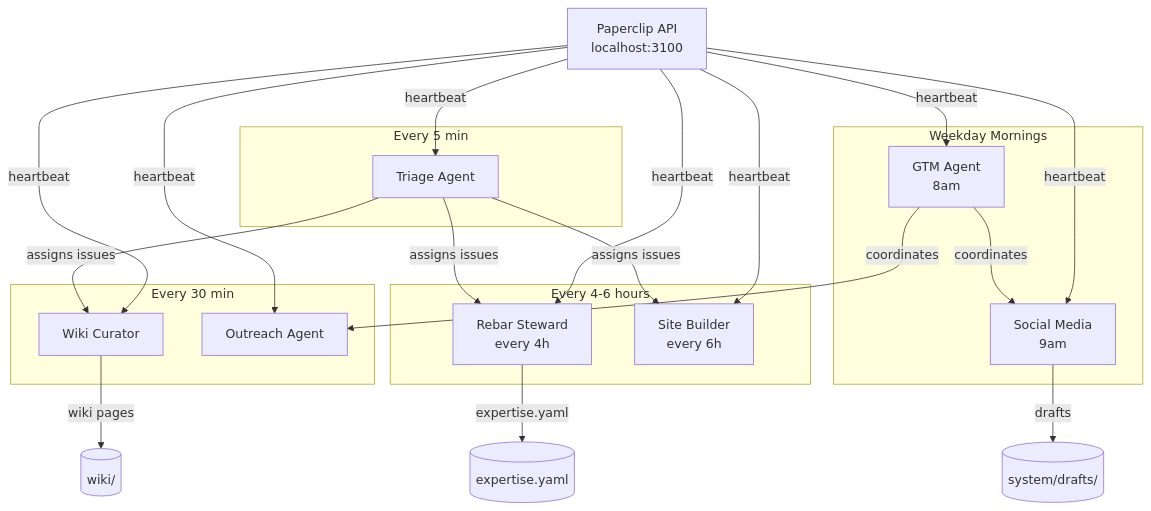
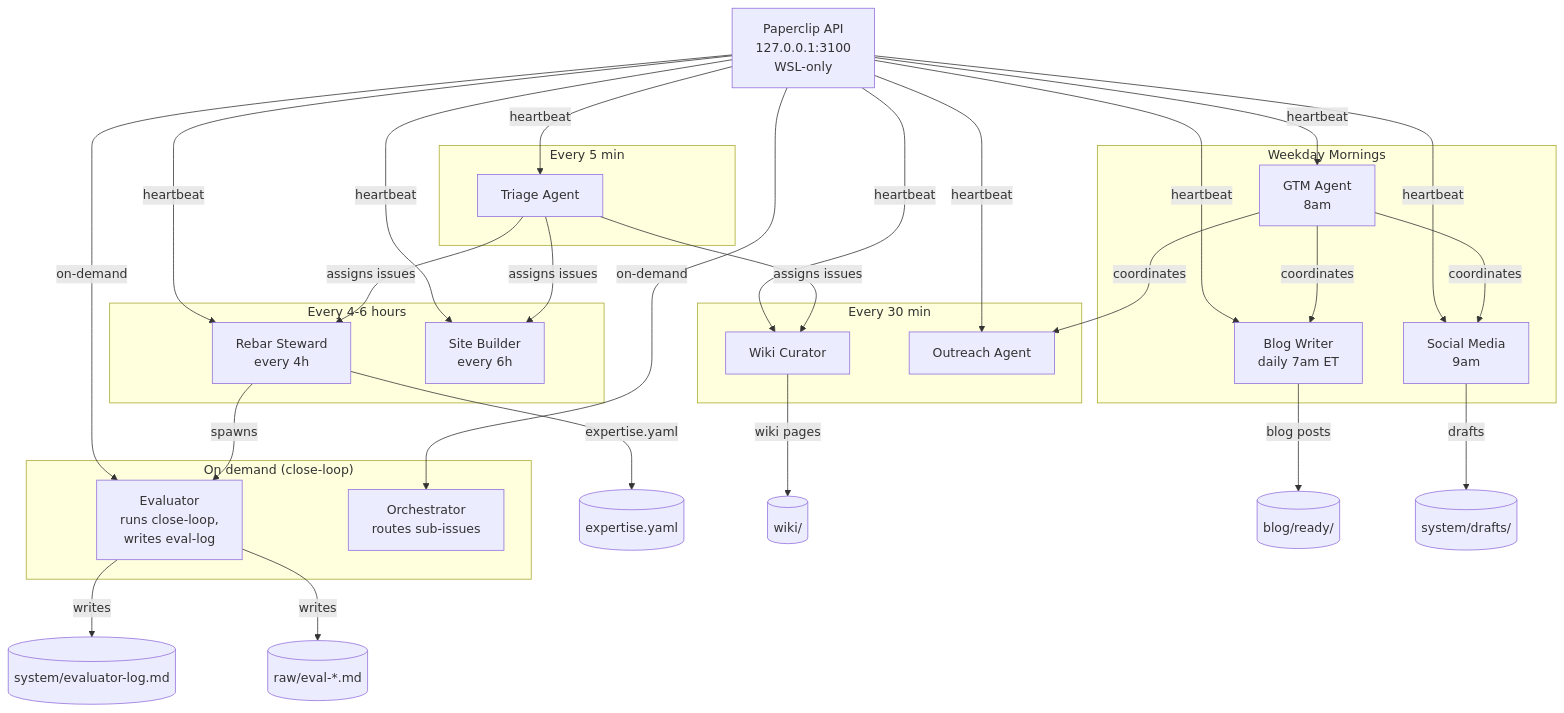
Before and after one commit to spotcircuit/rebar: the sixth of 6 diagrams in wiki/diagrams/architecture.md, drawn with Mermaid. The commit also changed other lines of this file and 95 other files, not shown here.

````diff
--- a/wiki/diagrams/architecture.md
+++ b/wiki/diagrams/architecture.md
@@ -130,41 +185,55 @@
 ```mermaid
 graph TB
-    PC[Paperclip API<br>localhost:3100]
+    PC[Paperclip API<br>127.0.0.1:3100<br>WSL-only]
 
     subgraph "Every 5 min"
         TR[Triage Agent]
     end
 
     subgraph "Every 30 min"
         WC[Wiki Curator]
         OR[Outreach Agent]
     end
 
     subgraph "Every 4-6 hours"
         CS[Rebar Steward<br>every 4h]
         SB[Site Builder<br>every 6h]
     end
 
+    subgraph "On demand (close-loop)"
+        EV[Evaluator<br>runs close-loop,<br>writes eval-log]
+        OC[Orchestrator<br>routes sub-issues]
+    end
+
     subgraph "Weekday Mornings"
         GTM[GTM Agent<br>8am]
         SM[Social Media<br>9am]
+        BW[Blog Writer<br>daily 7am ET]
     end
 
     PC -->|heartbeat| TR
     PC -->|heartbeat| WC
     PC -->|heartbeat| OR
     PC -->|heartbeat| CS
     PC -->|heartbeat| SB
+    PC -->|on-demand| EV
+    PC -->|on-demand| OC
     PC -->|heartbeat| GTM
     PC -->|heartbeat| SM
+    PC -->|heartbeat| BW
 
     TR -->|assigns issues| WC
     TR -->|assigns issues| CS
     TR -->|assigns issues| SB
+    CS -->|spawns| EV
+    EV -->|writes| EVLOG[(system/evaluator-log.md)]
+    EV -->|writes| EVRAW[(raw/eval-*.md)]
     GTM -->|coordinates| SM
     GTM -->|coordinates| OR
+    GTM -->|coordinates| BW
 
     CS -->|expertise.yaml| EXP[(expertise.yaml)]
     WC -->|wiki pages| WIKI[(wiki/)]
+    BW -->|blog posts| BLOG[(blog/ready/)]
     SM -->|drafts| DRAFTS[(system/drafts/)]
 ```
````
